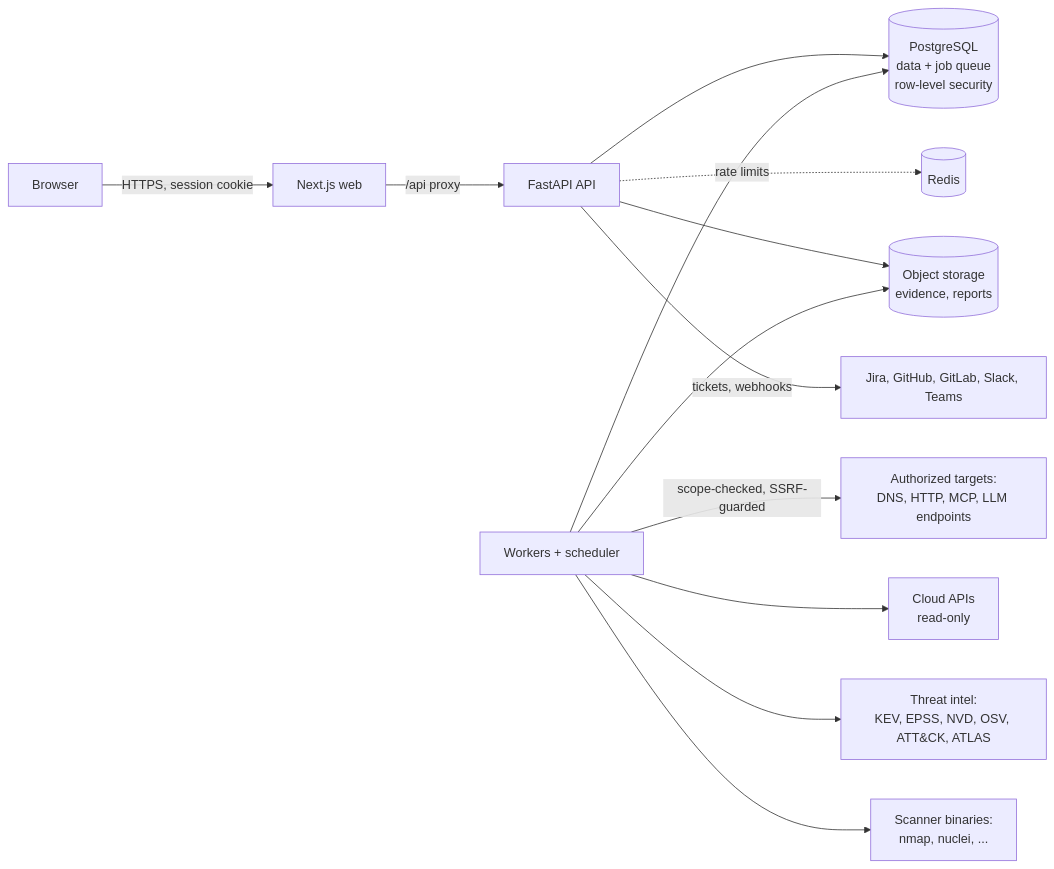
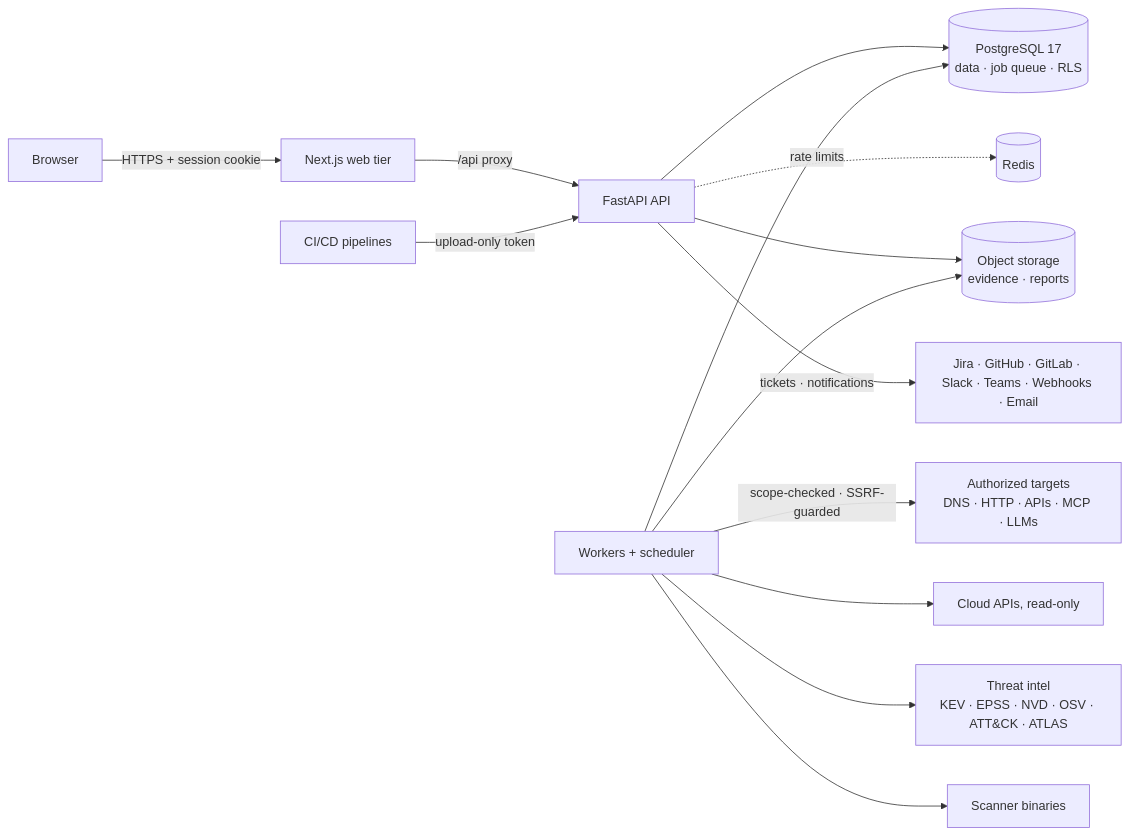
The diagram in README.md (d0gra/AI-CTEM), drawn with Mermaid before and after one commit. The commit also changed other lines of this file and 17 other files, not shown here.

````diff
--- a/README.md
+++ b/README.md
@@ -45,15 +94,16 @@
 ```mermaid
 flowchart LR
-  B[Browser] -->|HTTPS, session cookie| W[Next.js web]
+  B[Browser] -->|HTTPS + session cookie| W[Next.js web tier]
   W -->|/api proxy| A[FastAPI API]
-  A --> P[(PostgreSQL<br/>data + job queue<br/>row-level security)]
+  CI[CI/CD pipelines] -->|upload-only token| A
+  A --> P[(PostgreSQL 17<br/>data · job queue · RLS)]
   A -.rate limits.-> R[(Redis)]
-  A --> S[(Object storage<br/>evidence, reports)]
+  A --> S[(Object storage<br/>evidence · reports)]
   K[Workers + scheduler] --> P
   K --> S
-  K -->|scope-checked, SSRF-guarded| T[Authorized targets:<br/>DNS, HTTP, MCP, LLM endpoints]
-  K --> C[Cloud APIs<br/>read-only]
-  K --> I[Threat intel:<br/>KEV, EPSS, NVD, OSV, ATT&CK, ATLAS]
-  K --> X[Scanner binaries:<br/>nmap, nuclei, ...]
-  A -->|tickets, webhooks| N[Jira, GitHub, GitLab, Slack, Teams]
+  K -->|scope-checked · SSRF-guarded| T[Authorized targets<br/>DNS · HTTP · APIs · MCP · LLMs]
+  K --> C[Cloud APIs, read-only]
+  K --> I[Threat intel<br/>KEV · EPSS · NVD · OSV · ATT&CK · ATLAS]
+  K --> X[Scanner binaries]
+  A -->|tickets · notifications| N[Jira · GitHub · GitLab · Slack · Teams · Webhooks · Email]
 ```
````
